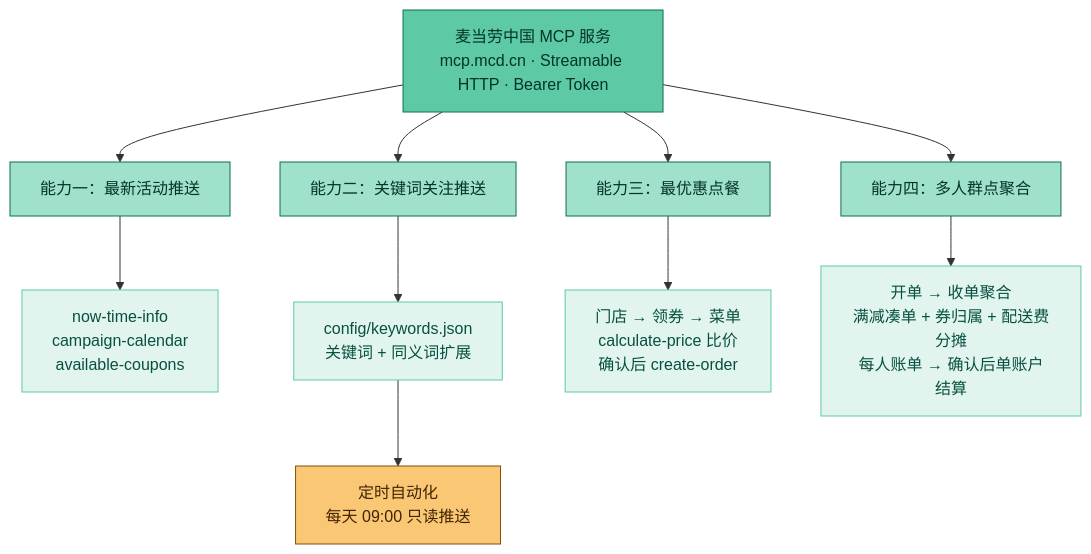
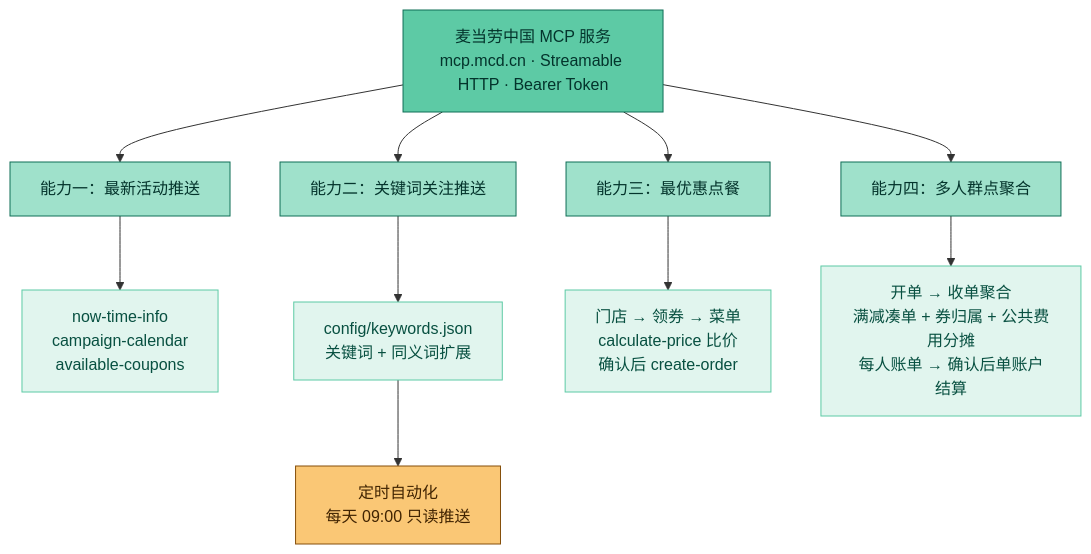
The diagram in README.md (junxchan54-maker/mcd-cn-assistant), drawn with Mermaid before and after one commit. The commit also changed other lines of this file and 7 other files, not shown here.

````diff
--- a/README.md
+++ b/README.md
@@ -43,23 +43,23 @@
 ```mermaid
 flowchart TD
     A["麦当劳中国 MCP 服务<br/>mcp.mcd.cn · Streamable HTTP · Bearer Token"]
     A --> B1["能力一：最新活动推送"]
     A --> B2["能力二：关键词关注推送"]
     A --> B3["能力三：最优惠点餐"]
     A --> B4["能力四：多人群点聚合"]
     B1 --> C1["now-time-info<br/>campaign-calendar<br/>available-coupons"]
     B2 --> C2["config/keywords.json<br/>关键词 + 同义词扩展"]
     B3 --> C3["门店 → 领券 → 菜单<br/>calculate-price 比价<br/>确认后 create-order"]
-    B4 --> C4["开单 → 收单聚合<br/>满减凑单 + 券归属 + 配送费分摊<br/>每人账单 → 确认后单账户结算"]
+    B4 --> C4["开单 → 收单聚合<br/>满减凑单 + 券归属 + 公共费用分摊<br/>每人账单 → 确认后单账户结算"]
     C2 --> D["定时自动化<br/>每天 09:00 只读推送"]
     style A fill:#5DCAA5,stroke:#0F6E56,color:#04342C
     style B1 fill:#9FE1CB,stroke:#0F6E56,color:#04342C
     style B2 fill:#9FE1CB,stroke:#0F6E56,color:#04342C
     style B3 fill:#9FE1CB,stroke:#0F6E56,color:#04342C
     style B4 fill:#9FE1CB,stroke:#0F6E56,color:#04342C
     style C1 fill:#E1F5EE,stroke:#5DCAA5,color:#085041
     style C2 fill:#E1F5EE,stroke:#5DCAA5,color:#085041
     style C3 fill:#E1F5EE,stroke:#5DCAA5,color:#085041
     style C4 fill:#E1F5EE,stroke:#5DCAA5,color:#085041
     style D fill:#FAC775,stroke:#854F0B,color:#412402
 ```
````
